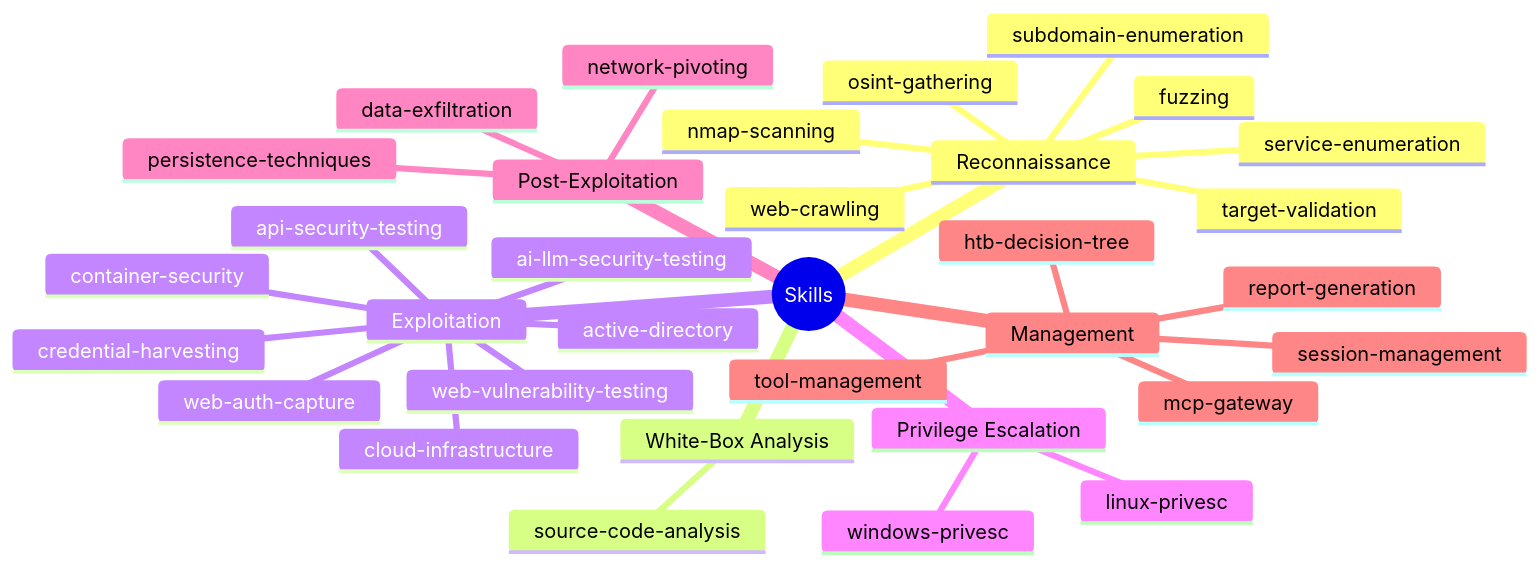
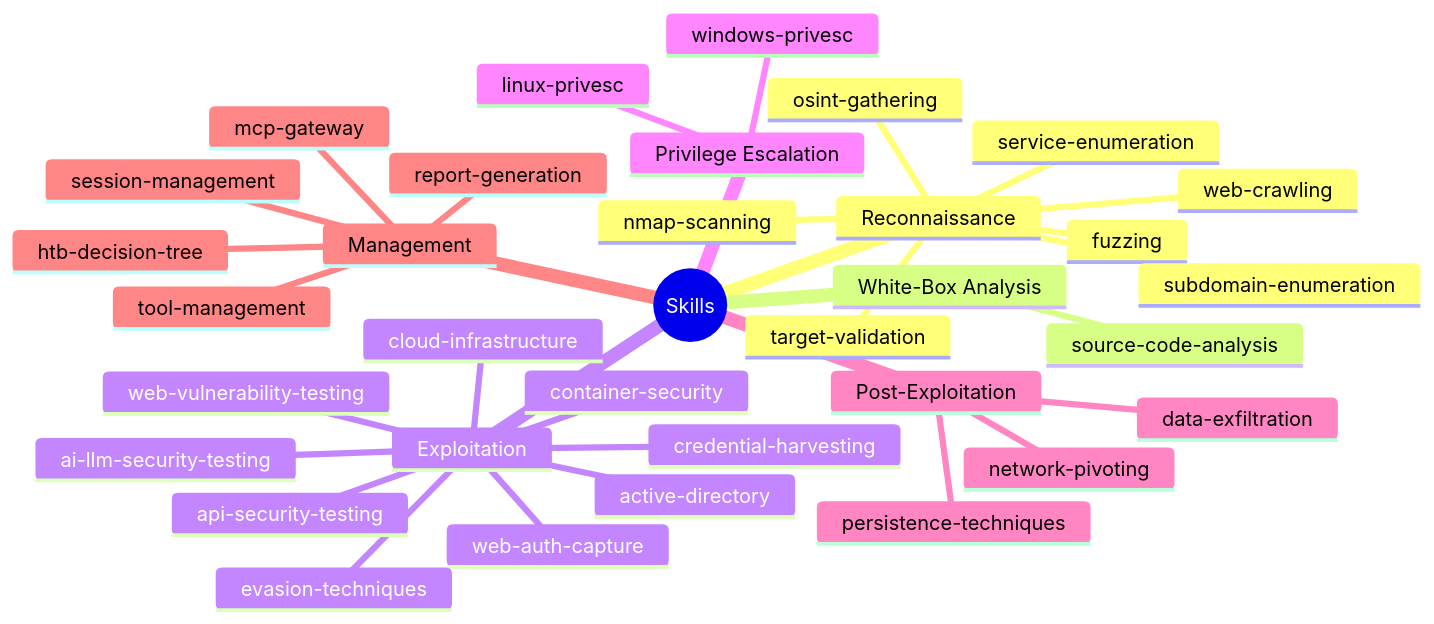
One commit to goldenapplestudios/Clicky changed the first of 7 diagrams in docs/skills.md. Above: the diagram before and after it, drawn with Mermaid. The commit also changed other lines of this file and 9 other files, not shown here.

````diff
--- a/docs/skills.md
+++ b/docs/skills.md
@@ -11,36 +11,37 @@
 ```mermaid
 mindmap
   root((Skills))
     Reconnaissance
       nmap-scanning
       service-enumeration
       osint-gathering
       target-validation
       fuzzing
       web-crawling
       subdomain-enumeration
     White-Box Analysis
       source-code-analysis
     Exploitation
       web-vulnerability-testing
       api-security-testing
       ai-llm-security-testing
       credential-harvesting
       web-auth-capture
       active-directory
       container-security
       cloud-infrastructure
+      evasion-techniques
     Privilege Escalation
       linux-privesc
       windows-privesc
     Post-Exploitation
       persistence-techniques
       data-exfiltration
       network-pivoting
     Management
       mcp-gateway
       session-management
       htb-decision-tree
       tool-management
       report-generation
 ```
````
